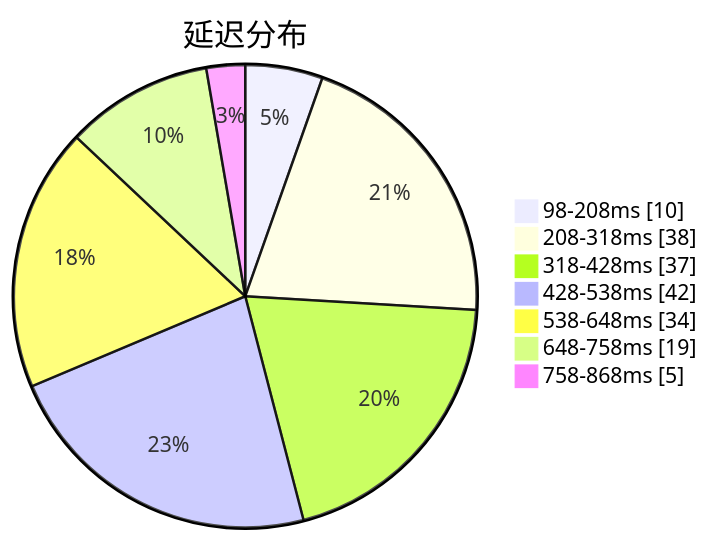
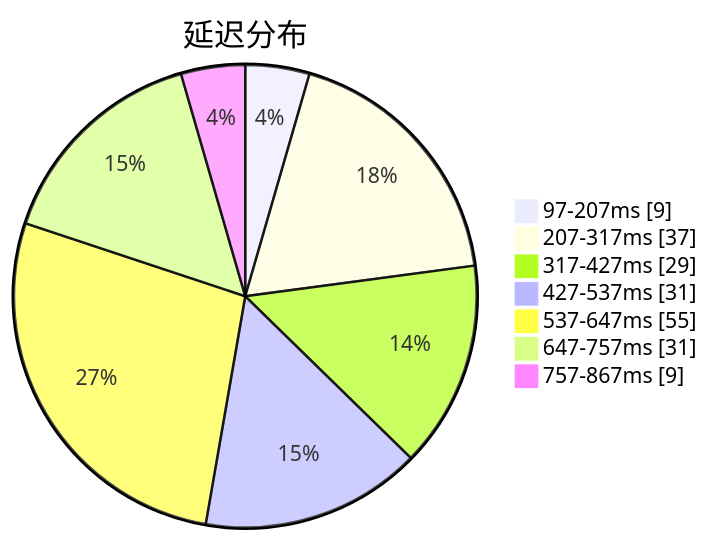
Before and after one commit to sinspired/airport: the first of 3 diagrams in subs/statistics/tested_within.md, drawn with Mermaid. The commit also changed other lines of this file and 2 other files, not shown here.

````diff
--- a/subs/statistics/tested_within.md
+++ b/subs/statistics/tested_within.md
@@ -2,11 +2,11 @@
 ```mermaid
 pie showData
 title 延迟分布
-"98-208ms" : 10
-"208-318ms" : 38
-"318-428ms" : 37
-"428-538ms" : 42
-"538-648ms" : 34
-"648-758ms" : 19
-"758-868ms" : 5
+"97-207ms" : 9
+"207-317ms" : 37
+"317-427ms" : 29
+"427-537ms" : 31
+"537-647ms" : 55
+"647-757ms" : 31
+"757-867ms" : 9
 ```
````
